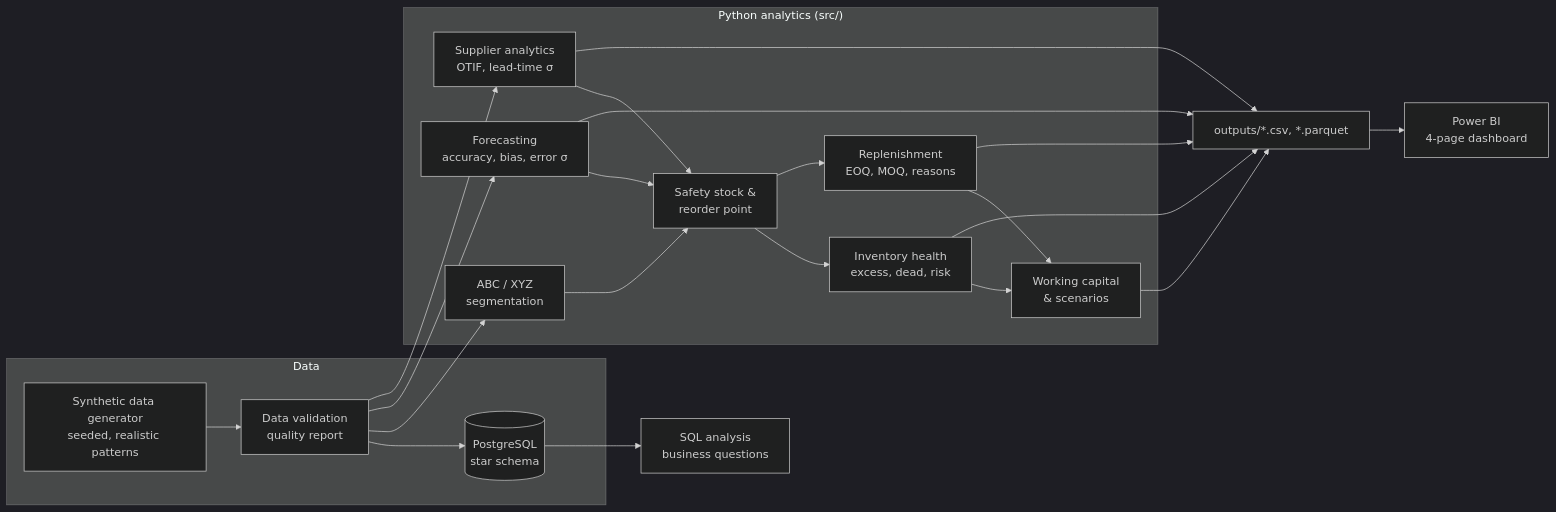
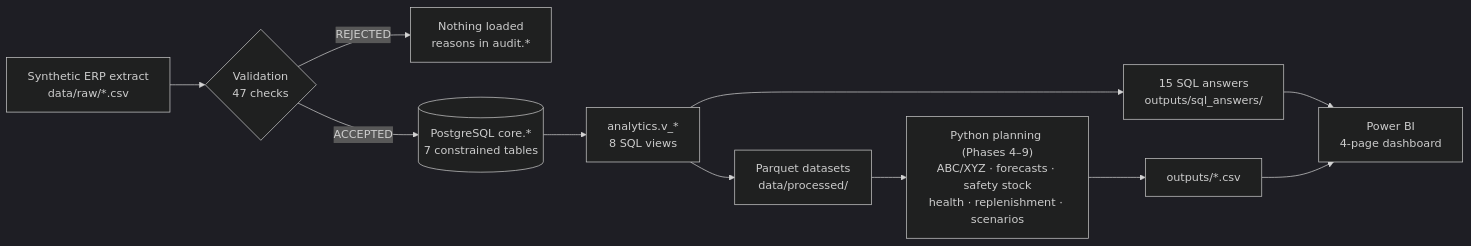
One commit to Kadujay/Retail-Demand-Planning-SQL-Analysis changed the diagram in README.md. Above: the diagram before and after it, drawn with Mermaid (dark theme). The commit also changed other lines of this file and 51 other files, not shown here.

````diff
--- a/README.md
+++ b/README.md
@@ -104,22 +108,13 @@
 ```mermaid
 flowchart LR
-    subgraph Data
-        G[Synthetic data generator<br/>seeded, realistic patterns] --> V[Data validation<br/>quality report]
-        V --> PG[(PostgreSQL<br/>star schema)]
-    end
-    subgraph Analytics["Python analytics (src/)"]
-        V --> C[ABC / XYZ<br/>segmentation]
-        V --> F[Forecasting<br/>accuracy, bias, error σ]
-        V --> S[Supplier analytics<br/>OTIF, lead-time σ]
-        C --> SS[Safety stock &<br/>reorder point]
-        F --> SS
-        S --> SS
-        SS --> H[Inventory health<br/>excess, dead, risk]
-        SS --> R[Replenishment<br/>EOQ, MOQ, reasons]
-        H --> W[Working capital<br/>& scenarios]
-        R --> W
-    end
-    PG --> Q[SQL analysis<br/>business questions]
-    H & R & S & F & W --> O[outputs/*.csv, *.parquet]
-    O --> BI[Power BI<br/>4-page dashboard]
+    G["Synthetic ERP extract<br/>data/raw/*.csv"] --> V{"Validation<br/>47 checks"}
+    V -- REJECTED --> X["Nothing loaded<br/>reasons in audit.*"]
+    V -- ACCEPTED --> C[("PostgreSQL core.*<br/>7 constrained tables")]
+    C --> A["analytics.v_*<br/>8 SQL views"]
+    A --> Q["15 SQL answers<br/>outputs/sql_answers/"]
+    A --> P["Parquet datasets<br/>data/processed/"]
+    P --> PY["Python planning (Phases 4–9)<br/>ABC/XYZ · forecasts · safety stock<br/>health · replenishment · scenarios"]
+    PY --> O["outputs/*.csv"]
+    Q --> BI["Power BI<br/>4-page dashboard"]
+    O --> BI
 ```
````
